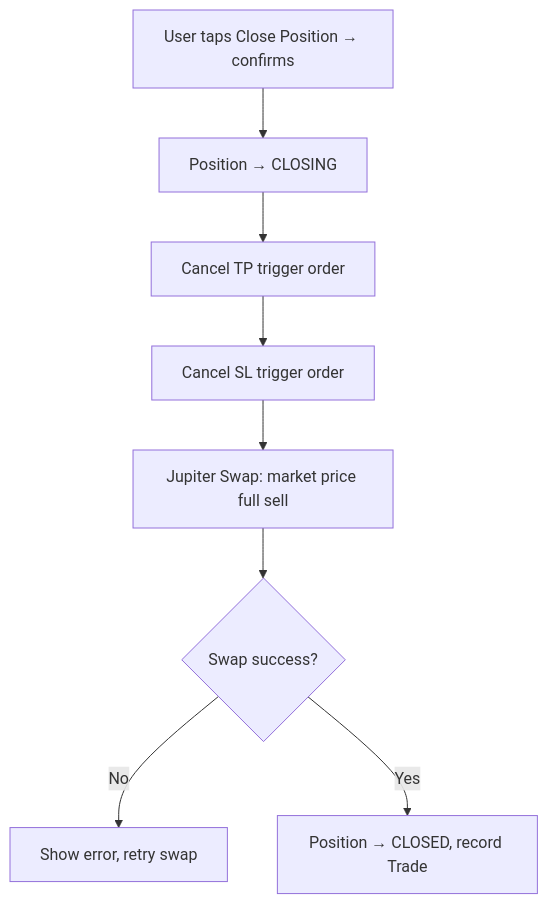
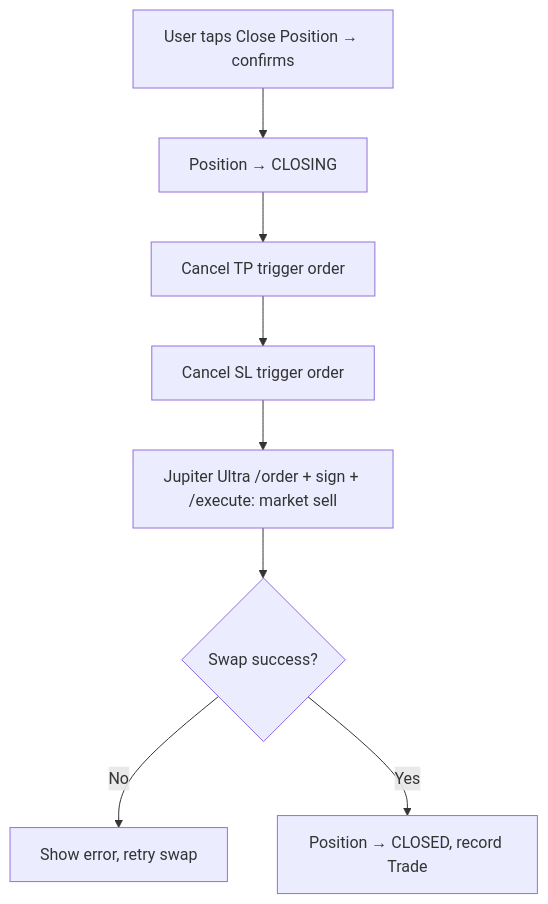
The fifth of 7 diagrams in docs/screens-and-flows.md (Omnis-Labs/tickr-ai), drawn with Mermaid before and after one commit. The commit also changed other lines of this file and 18 other files, not shown here.

````diff
--- a/docs/screens-and-flows.md
+++ b/docs/screens-and-flows.md
@@ -415,10 +416,10 @@
 ```mermaid
 flowchart TD
     A[User taps Close Position → confirms] --> B[Position → CLOSING]
     B --> C[Cancel TP trigger order]
     C --> D[Cancel SL trigger order]
-    D --> E[Jupiter Swap: market price full sell]
+    D --> E[Jupiter Ultra /order + sign + /execute: market sell]
     E --> F{Swap success?}
     F -- No --> F1[Show error, retry swap]
     F -- Yes --> G[Position → CLOSED, record Trade]
 ```
````
